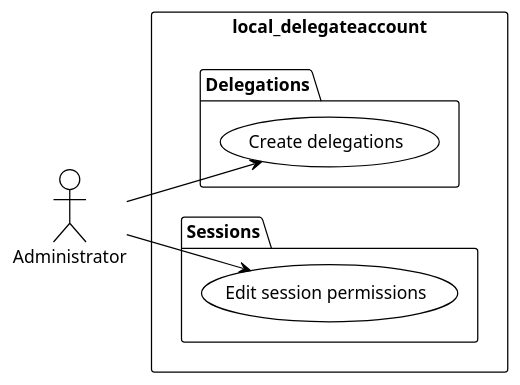
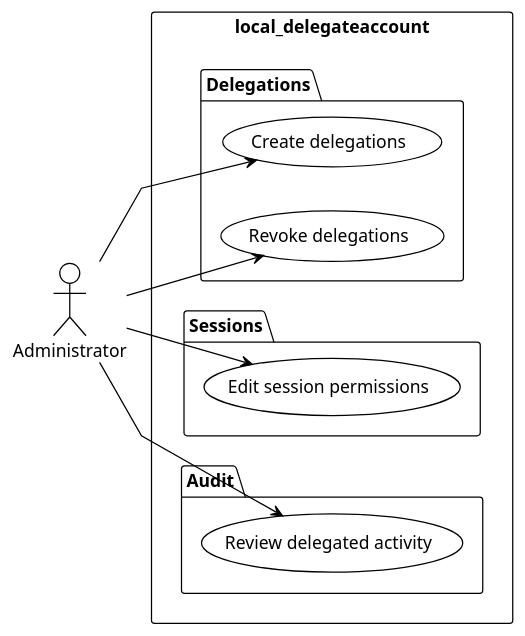
The diagram in docs/es/technical/requirements/use-cases-administrator.puml (didactika/moodle-local_delegateaccount), drawn with PlantUML before and after one commit. The commit also changed 69 other files, not shown here.

```diff
--- a/docs/es/technical/requirements/use-cases-administrator.puml
+++ b/docs/es/technical/requirements/use-cases-administrator.puml
@@ -1,21 +1,27 @@
 @startuml
 ' generated by rup-flow (index); edit the use-case cards, not this file
 !theme plain
 skinparam linetype polyline
 left to right direction
 
 actor "Administrator" as A_Administrator
 
 rectangle "local_delegateaccount" {
   package "Delegations" {
     usecase "Create delegations" as UC_createDelegations
+    usecase "Revoke delegations" as UC_revokeDelegations
   }
   package "Sessions" {
     usecase "Edit session permissions" as UC_editSessionPermissions
+  }
+  package "Audit" {
+    usecase "Review delegated activity" as UC_reviewActivity
   }
 }
 
 A_Administrator --> UC_createDelegations
 A_Administrator --> UC_editSessionPermissions
+A_Administrator --> UC_revokeDelegations
+A_Administrator --> UC_reviewActivity
 
 @enduml
```
